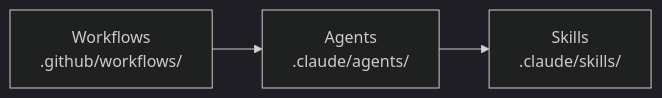
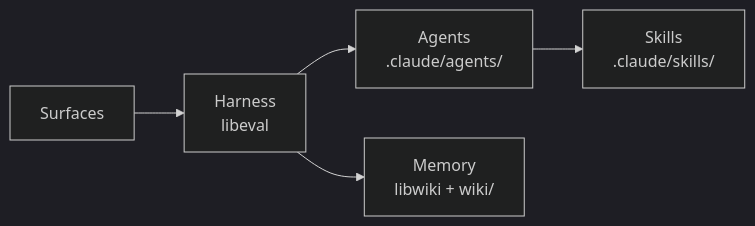
Before and after one commit to forwardimpact/monorepo: the first of 3 diagrams in KATA.md, drawn with Mermaid (dark theme). The commit also changed other lines of this file, not shown here.

````diff
--- a/KATA.md
+++ b/KATA.md
@@ -26,4 +23,5 @@
 ```mermaid
 graph LR
-    W["Workflows<br/>.github/workflows/"] --> A["Agents<br/>.claude/agents/"] --> S["Skills<br/>.claude/skills/"]
+    SU["Surfaces"] --> H["Harness<br/>libeval"] --> A["Agents<br/>.claude/agents/"] --> S["Skills<br/>.claude/skills/"]
+    H --> M["Memory<br/>libwiki + wiki/"]
 ```
````
